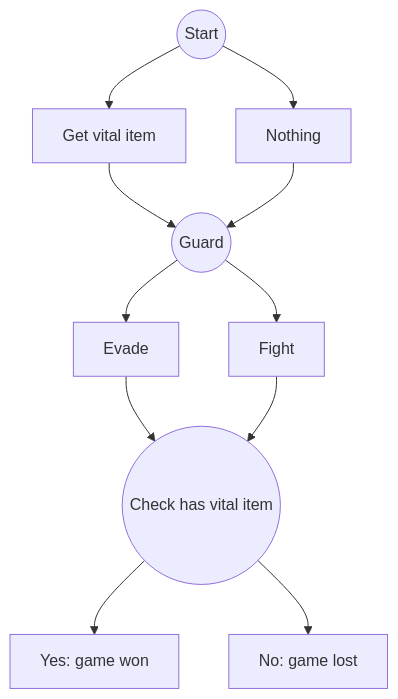
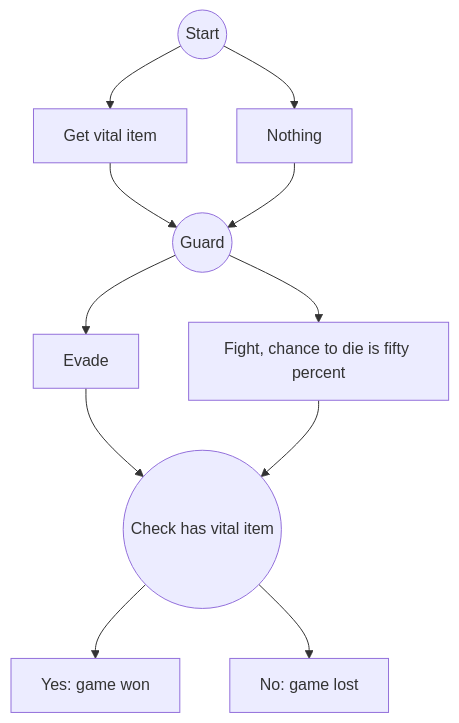
Before and after one commit to richelbilderbeek/mlpack_example_2: the diagram in README.md, drawn with Mermaid.

Commit message:
Show effect

````diff
--- a/README.md
+++ b/README.md
@@ -5,13 +5,13 @@
 ```mermaid
 graph TD;
     0((Start))-->10[Get vital item];
     0-->20[Nothing];
     10-->100((Guard));
     20-->100;
     100-->110[Evade];
-    100-->120[Fight];
+    100-->120[Fight, chance to die is fifty percent];
     110-->200((Check has vital item));
     120-->200;
     200-->210[Yes: game won];
     200-->220[No: game lost];
 ```
````
